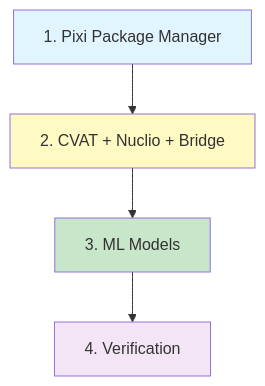
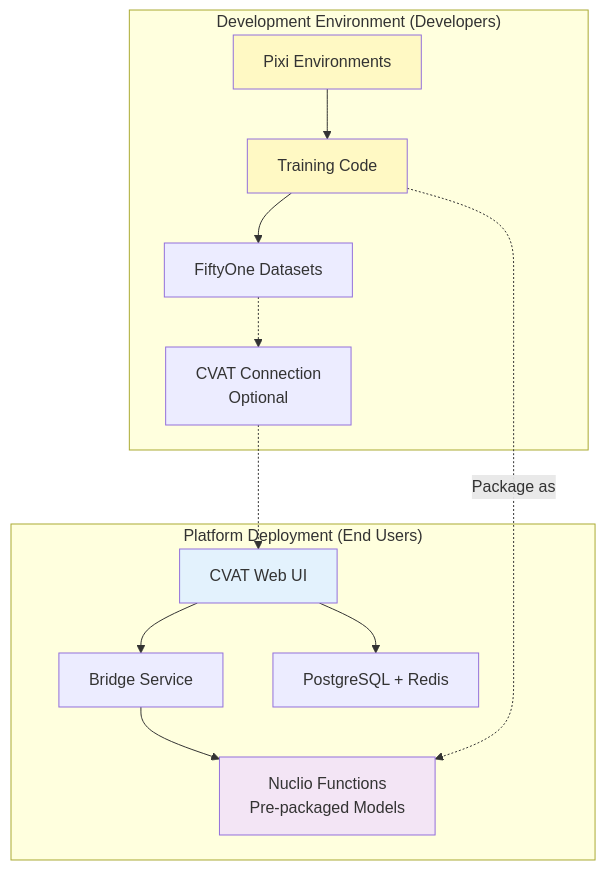
Before and after one commit to Criobe/documentation: the first of 2 diagrams in docs/setup/installation/index.md, drawn with Mermaid. The commit also changed other lines of this file and 17 other files, not shown here.

````diff
--- a/docs/setup/installation/index.md
+++ b/docs/setup/installation/index.md
@@ -9,11 +146,32 @@
 ```mermaid
-graph TD
-    A[1. Pixi Package Manager] --> B[2. CVAT + Nuclio + Bridge]
-    B --> C[3. ML Models]
-    C --> D[4. Verification]
+graph TB
+    subgraph "Platform Deployment (End Users)"
+        A[CVAT Web UI]
+        B[Bridge Service]
+        C[Nuclio Functions<br/>Pre-packaged Models]
+        D[PostgreSQL + Redis]
 
-    style A fill:#e1f5ff
-    style B fill:#fff9c4
-    style C fill:#c8e6c9
-    style D fill:#f3e5f5
+        A --> B
+        B --> C
+        A --> D
+    end
+
+    subgraph "Development Environment (Developers)"
+        E[Pixi Environments]
+        F[Training Code]
+        G[FiftyOne Datasets]
+        H[CVAT Connection<br/>Optional]
+
+        E --> F
+        F --> G
+        G -.-> H
+        H -.-> A
+    end
+
+    F -.Package as.-> C
+
+    style A fill:#e3f2fd
+    style C fill:#f3e5f5
+    style E fill:#fff9c4
+    style F fill:#fff9c4
 ```
````
